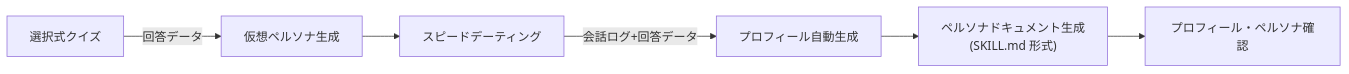
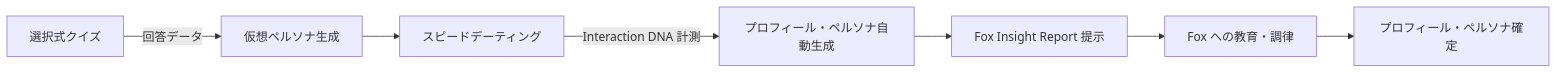
One commit to Masuda-1246/wingfox changed the first of 3 diagrams in docs/requirements/02-features.md. Above: the diagram before and after it, drawn with Mermaid. The commit also changed other lines of this file, not shown here.

````diff
--- a/docs/requirements/02-features.md
+++ b/docs/requirements/02-features.md
@@ -56,8 +57,9 @@
 ```mermaid
 flowchart LR
     A[選択式クイズ] -->|回答データ| B[仮想ペルソナ生成]
     B --> C[スピードデーティング]
-    C -->|会話ログ+回答データ| D[プロフィール自動生成]
-    D --> E["ペルソナドキュメント生成\n(SKILL.md 形式)"]
-    E --> F[プロフィール・ペルソナ確認]
+    C -->|Interaction DNA 計測| D[プロフィール・ペルソナ自動生成]
+    D --> E["Fox Insight Report 提示"]
+    E --> F["Fox への教育・調律"]
+    F --> G[プロフィール・ペルソナ確定]
 ```
````
